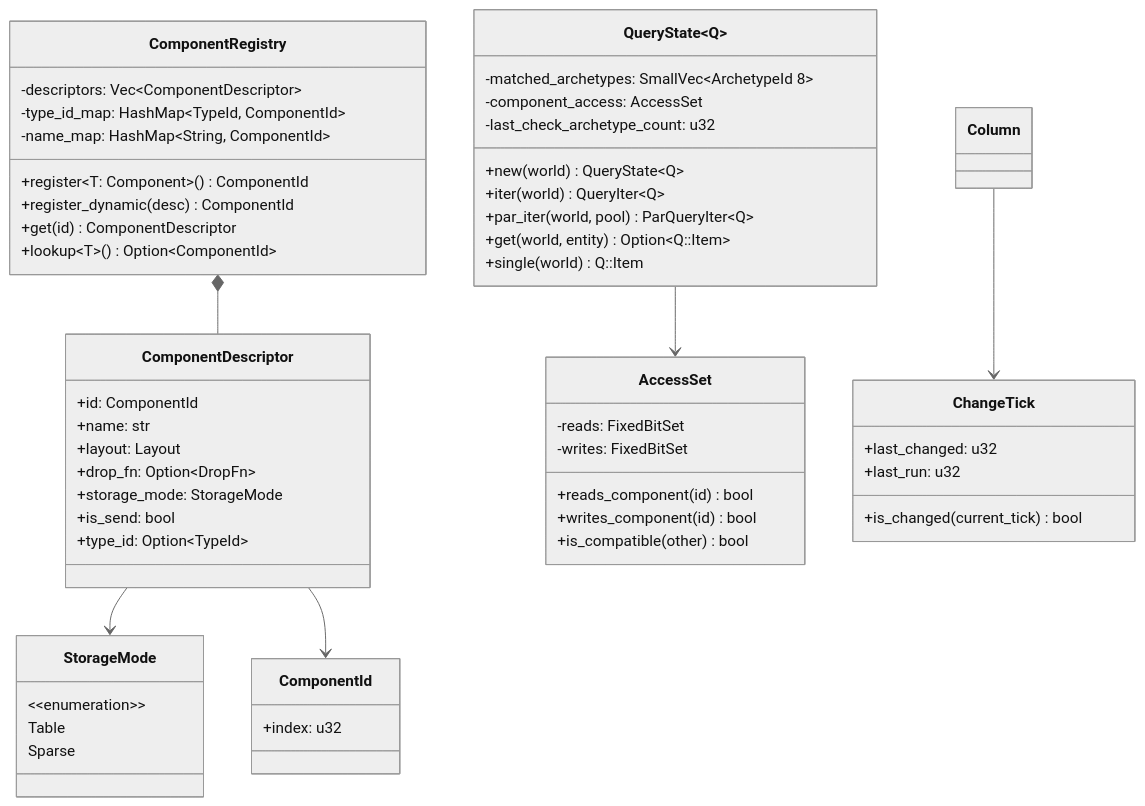
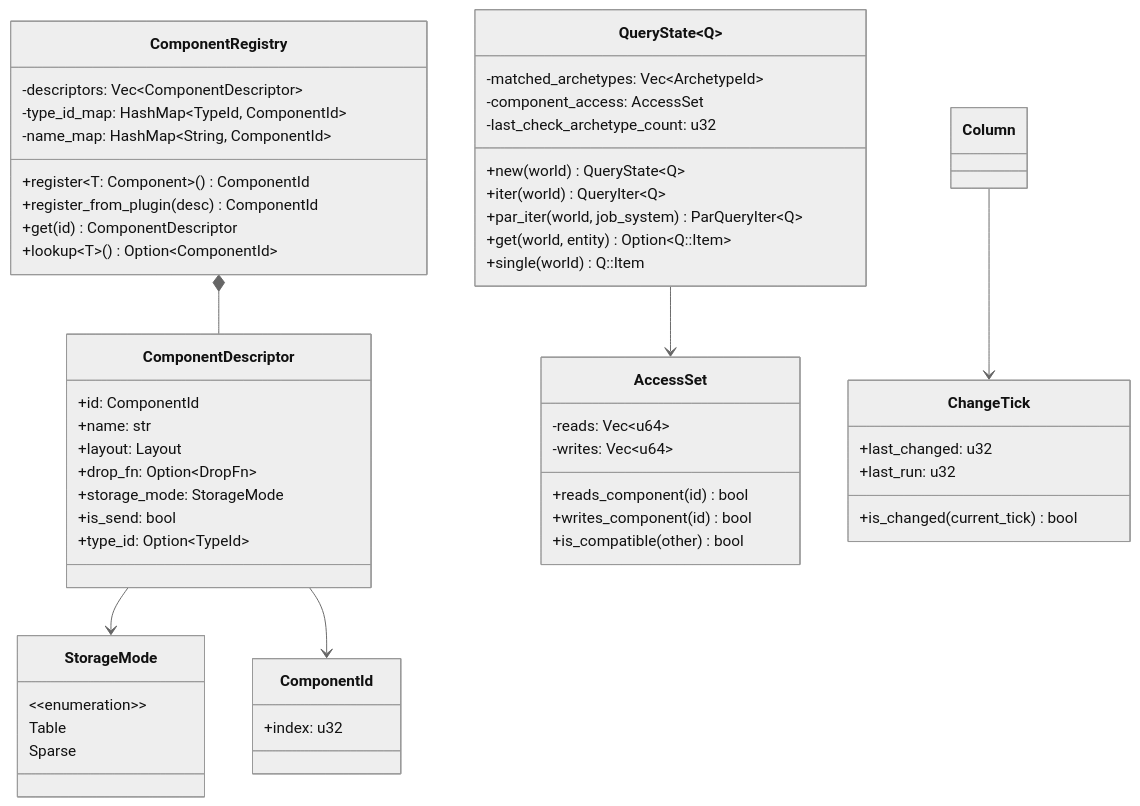
Before and after one commit to harmonius-dev/harmonius: the third of 9 diagrams in docs/design/core-runtime/ecs.md, drawn with Mermaid (neutral theme). The commit also changed other lines of this file and 174 other files, not shown here.

````diff
--- a/docs/design/core-runtime/ecs.md
+++ b/docs/design/core-runtime/ecs.md
@@ -380,63 +384,63 @@
 ```mermaid
 classDiagram
     class ComponentId {
         +index: u32
     }
 
     class ComponentDescriptor {
         +id: ComponentId
         +name: str
         +layout: Layout
         +drop_fn: Option~DropFn~
         +storage_mode: StorageMode
         +is_send: bool
         +type_id: Option~TypeId~
     }
 
     class StorageMode {
         &lt;&lt;enumeration&gt;&gt;
         Table
         Sparse
     }
 
     class ComponentRegistry {
         -descriptors: Vec~ComponentDescriptor~
         -type_id_map: HashMap~TypeId, ComponentId~
         -name_map: HashMap~String, ComponentId~
         +register~T: Component~() ComponentId
-        +register_dynamic(desc) ComponentId
+        +register_from_plugin(desc) ComponentId
         +get(id) ComponentDescriptor
         +lookup~T~() Option~ComponentId~
     }
 
     class QueryState~Q~ {
-        -matched_archetypes: SmallVec~ArchetypeId 8~
+        -matched_archetypes: Vec~ArchetypeId~
         -component_access: AccessSet
         -last_check_archetype_count: u32
         +new(world) QueryState~Q~
         +iter(world) QueryIter~Q~
-        +par_iter(world, pool) ParQueryIter~Q~
+        +par_iter(world, job_system) ParQueryIter~Q~
         +get(world, entity) Option~Q::Item~
         +single(world) Q::Item
     }
 
     class AccessSet {
-        -reads: FixedBitSet
-        -writes: FixedBitSet
+        -reads: Vec~u64~
+        -writes: Vec~u64~
         +reads_component(id) bool
         +writes_component(id) bool
         +is_compatible(other) bool
     }
 
     class ChangeTick {
         +last_changed: u32
         +last_run: u32
         +is_changed(current_tick) bool
     }
 
     ComponentRegistry *-- ComponentDescriptor
     ComponentDescriptor --> StorageMode
     ComponentDescriptor --> ComponentId
     QueryState --> AccessSet
     Column --> ChangeTick
 ```
````
